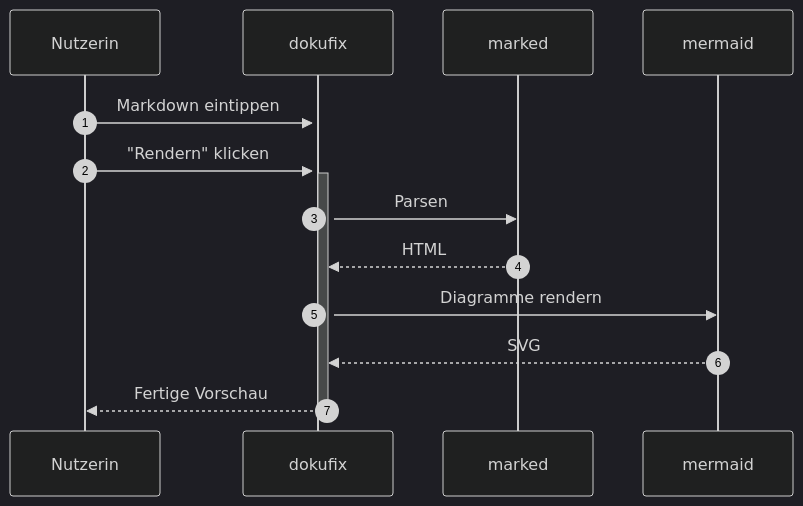
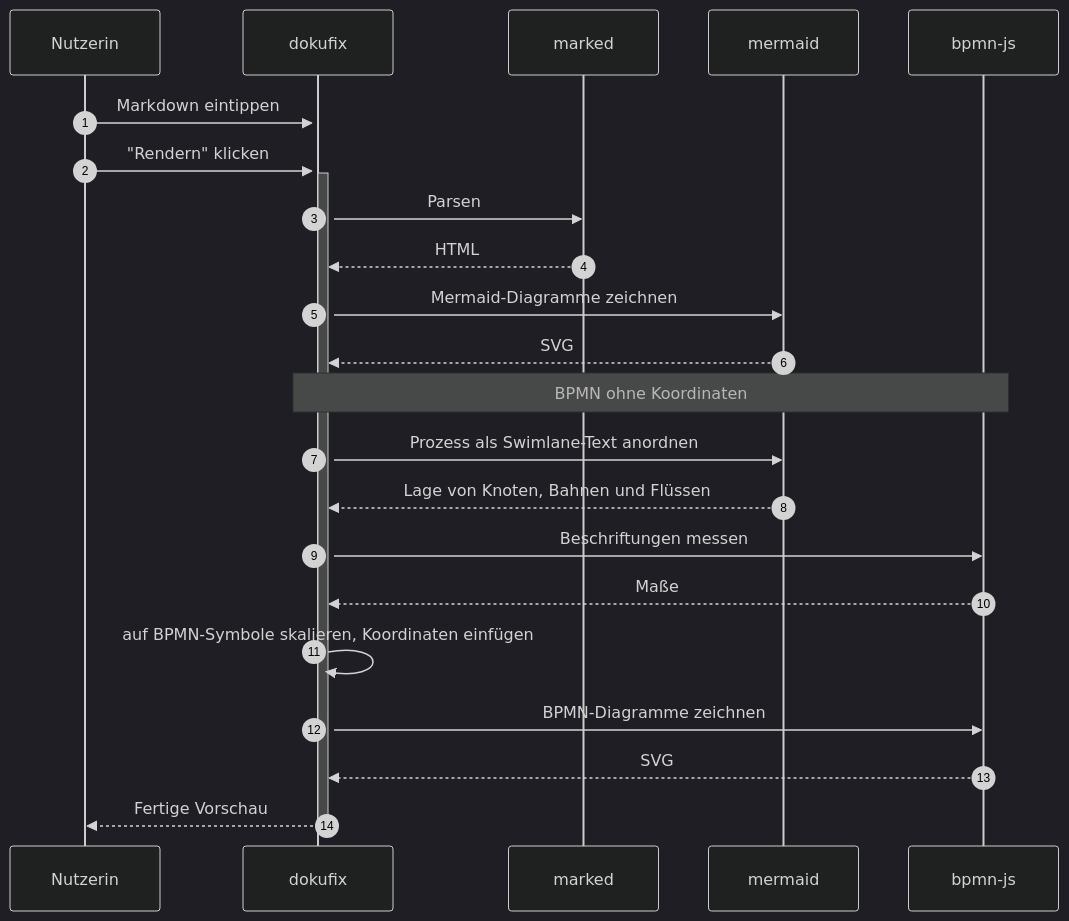
One commit to bschoetz/dokufix changed the second of 5 diagrams in src/demo.md. Above: the diagram before and after it, drawn with Mermaid (dark theme). The commit also changed 4 other files, not shown here.

First line of the commit message:
Draw the steps of BPMN without coordinates into the sequence diagram of the demo text and the showcase: Mermaid lays the process out, bpmn-js measures the labels and draws

````diff
--- a/src/demo.md
+++ b/src/demo.md
@@ -209,11 +209,24 @@
 ```mermaid
 sequenceDiagram
     autonumber
+    participant Nutzerin
+    participant dokufix
+    participant marked
+    participant mermaid
+    participant bpmn as bpmn-js
     Nutzerin->>+dokufix: Markdown eintippen
     Nutzerin->>+dokufix: "Rendern" klicken
     dokufix->>marked: Parsen
     marked-->>dokufix: HTML
-    dokufix->>mermaid: Diagramme rendern
+    dokufix->>mermaid: Mermaid-Diagramme zeichnen
     mermaid-->>dokufix: SVG
+    Note over dokufix,bpmn: BPMN ohne Koordinaten
+    dokufix->>mermaid: Prozess als Swimlane-Text anordnen
+    mermaid-->>dokufix: Lage von Knoten, Bahnen und Flüssen
+    dokufix->>bpmn: Beschriftungen messen
+    bpmn-->>dokufix: Maße
+    dokufix->>dokufix: auf BPMN-Symbole skalieren, Koordinaten einfügen
+    dokufix->>bpmn: BPMN-Diagramme zeichnen
+    bpmn-->>dokufix: SVG
     dokufix-->>-Nutzerin: Fertige Vorschau
 ```
````
